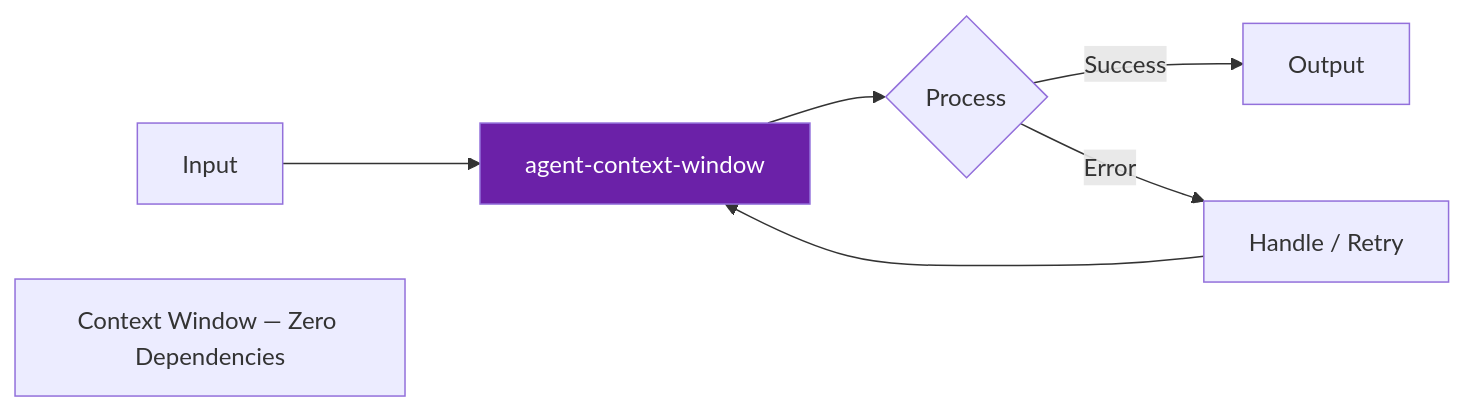
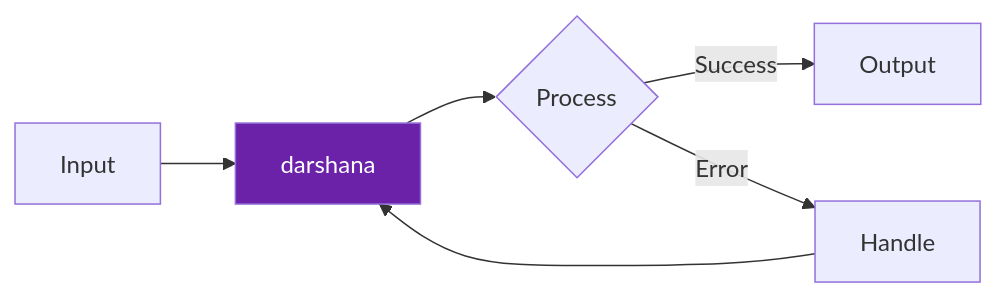
Before and after one commit to darshjme/agent-context-window: the diagram in README.md, drawn with Mermaid. The commit also changed other lines of this file and 1 other file, not shown here.

First line of the commit message:
feat(vedic-v3): rename to darshana (दर्शन)

````diff
--- a/README.md
+++ b/README.md
@@ -48,10 +39,9 @@
 ```mermaid
 flowchart LR
-    A[Input] --> B[agent-context-window]
+    A[Input] --> B[darshana]
     B --> C{Process}
     C -- Success --> D[Output]
-    C -- Error --> E[Handle / Retry]
+    C -- Error --> E[Handle]
     E --> B
     style B fill:#6b21a8,color:#fff
-    note["Context Window — Zero Dependencies"]
 ```
````
